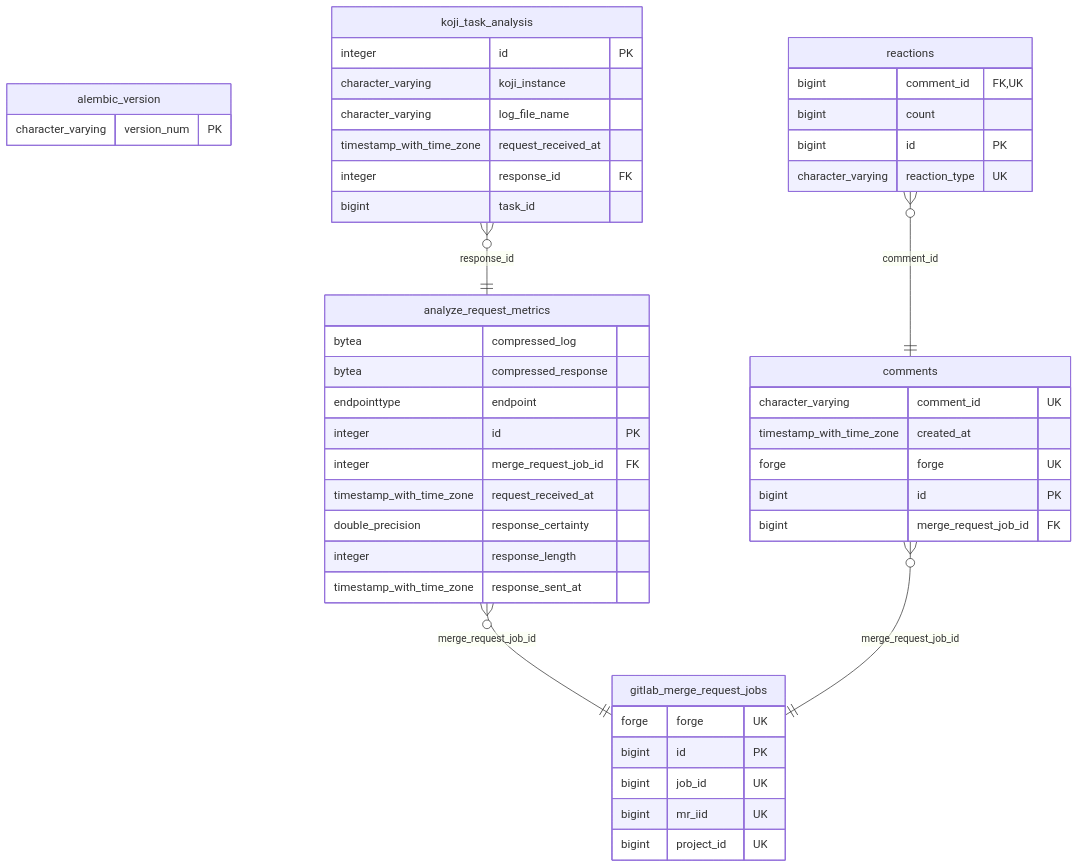
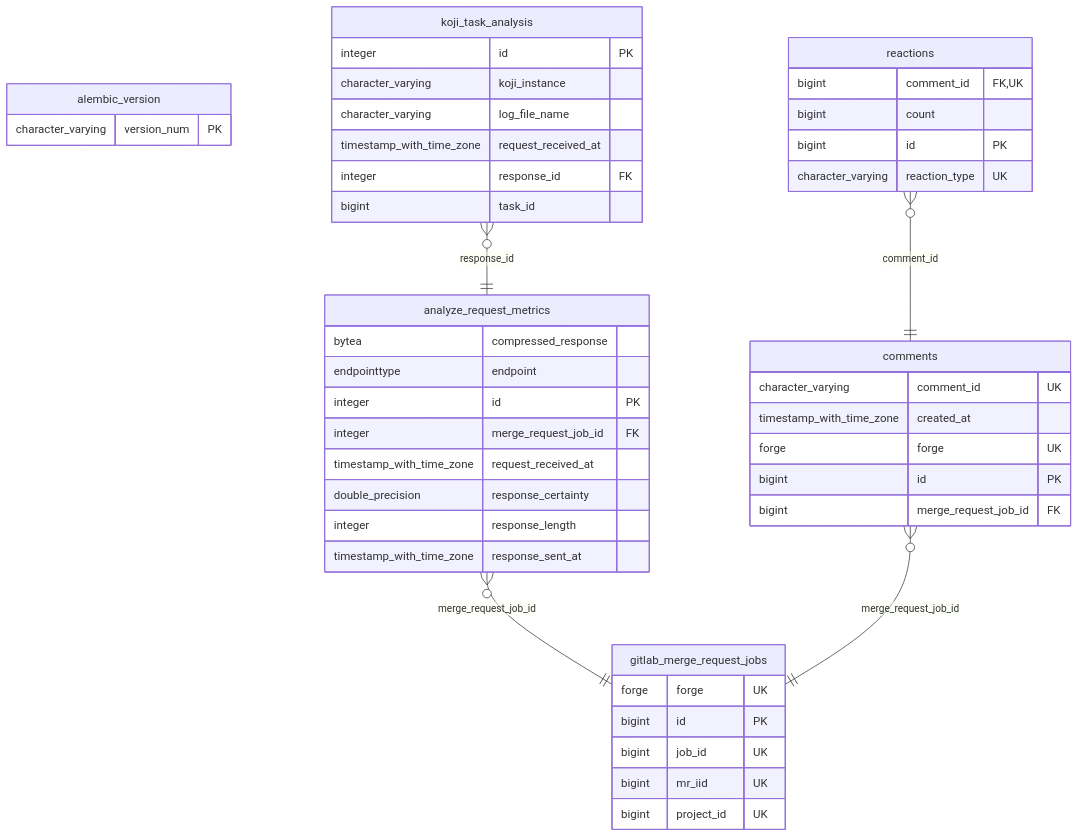
One commit to fedora-copr/logdetective changed the diagram in alembic/er_diagram.md. Above: the diagram before and after it, drawn with Mermaid. The commit also changed 3 other files, not shown here.

Commit message:
Updating README.md, manpage and mermaid

````diff
--- a/alembic/er_diagram.md
+++ b/alembic/er_diagram.md
@@ -2,55 +2,54 @@
 ```mermaid
 erDiagram
     alembic_version {
         character_varying version_num PK
     }
 
     analyze_request_metrics {
-        bytea compressed_log
         bytea compressed_response
         endpointtype endpoint
         integer id PK
         integer merge_request_job_id FK
         timestamp_with_time_zone request_received_at
         double_precision response_certainty
         integer response_length
         timestamp_with_time_zone response_sent_at
     }
 
     comments {
         character_varying comment_id UK
         timestamp_with_time_zone created_at
         forge forge UK
         bigint id PK
         bigint merge_request_job_id FK
     }
 
     gitlab_merge_request_jobs {
         forge forge UK
         bigint id PK
         bigint job_id UK
         bigint mr_iid UK
         bigint project_id UK
     }
 
     koji_task_analysis {
         integer id PK
         character_varying koji_instance
         character_varying log_file_name
         timestamp_with_time_zone request_received_at
         integer response_id FK
         bigint task_id
     }
 
     reactions {
         bigint comment_id FK,UK
         bigint count
         bigint id PK
         character_varying reaction_type UK
     }
 
     analyze_request_metrics }o--|| gitlab_merge_request_jobs : "merge_request_job_id"
     koji_task_analysis }o--|| analyze_request_metrics : "response_id"
     comments }o--|| gitlab_merge_request_jobs : "merge_request_job_id"
     reactions }o--|| comments : "comment_id"
 ```
````
